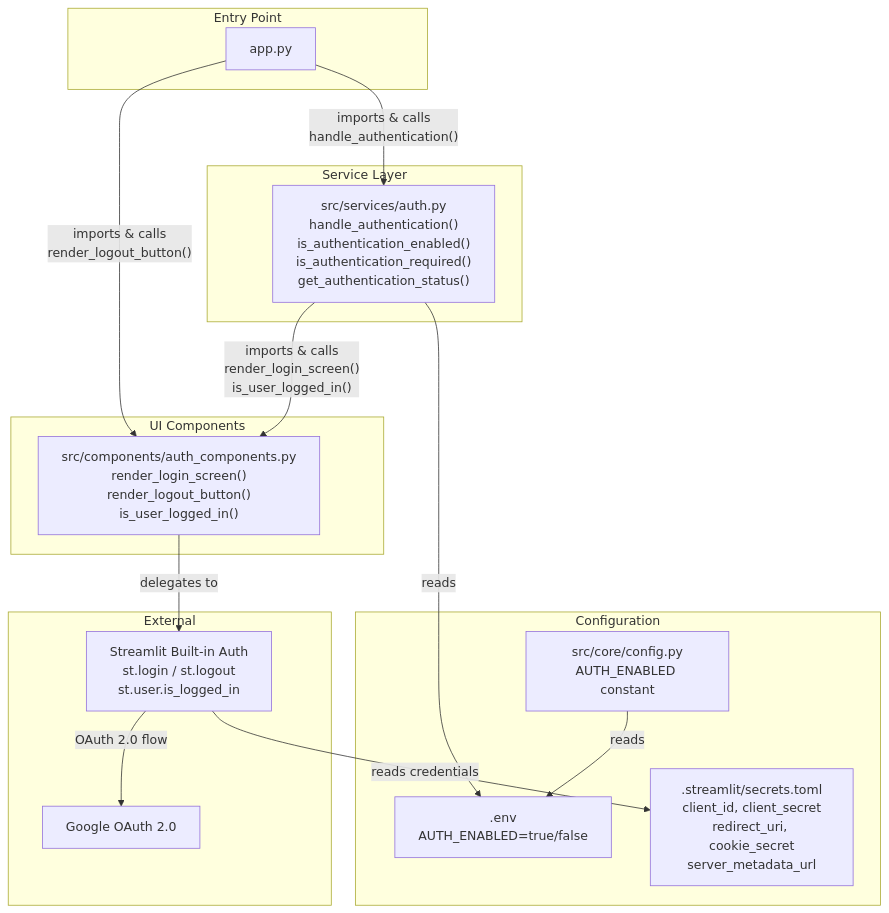
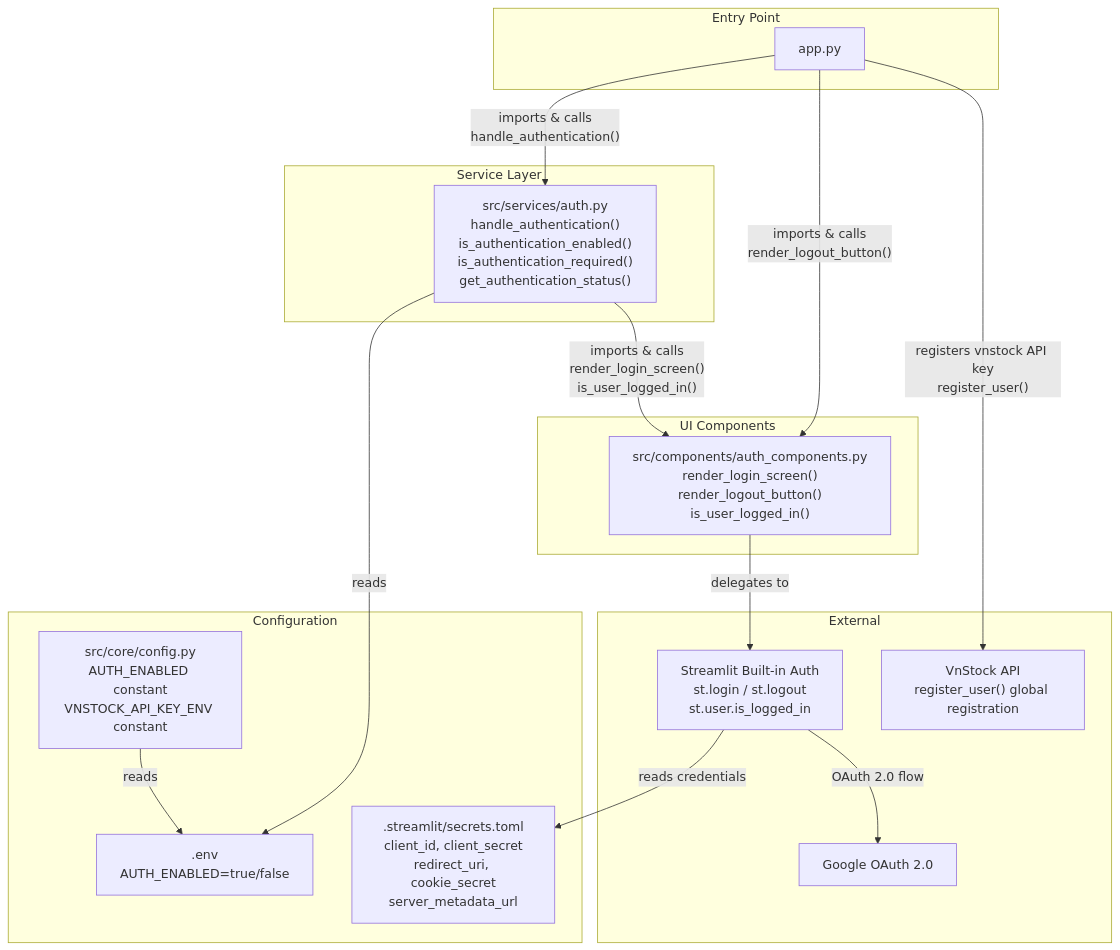
One commit to gahoccode/finance-bro changed the second of 3 diagrams in docs/architecture/06-security-architecture.md. Above: the diagram before and after it, drawn with Mermaid. The commit also changed other lines of this file and 6 other files, not shown here.

First line of the commit message:
feat: add vnstock API key auth and document in security architecture

````diff
--- a/docs/architecture/06-security-architecture.md
+++ b/docs/architecture/06-security-architecture.md
@@ -40,34 +41,36 @@
 ```mermaid
 graph TD
     subgraph "Entry Point"
         APP["app.py"]
     end
 
     subgraph "Service Layer"
         AUTH["src/services/auth.py<br/>handle_authentication()<br/>is_authentication_enabled()<br/>is_authentication_required()<br/>get_authentication_status()"]
     end
 
     subgraph "UI Components"
         COMP["src/components/auth_components.py<br/>render_login_screen()<br/>render_logout_button()<br/>is_user_logged_in()"]
     end
 
     subgraph "Configuration"
-        CONFIG["src/core/config.py<br/>AUTH_ENABLED constant"]
+        CONFIG["src/core/config.py<br/>AUTH_ENABLED constant<br/>VNSTOCK_API_KEY_ENV constant"]
         ENV[".env<br/>AUTH_ENABLED=true/false"]
         SECRETS[".streamlit/secrets.toml<br/>client_id, client_secret<br/>redirect_uri, cookie_secret<br/>server_metadata_url"]
     end
 
     subgraph "External"
         GOOGLE["Google OAuth 2.0"]
         ST["Streamlit Built-in Auth<br/>st.login / st.logout<br/>st.user.is_logged_in"]
+        VNSTOCK_EXT["VnStock API<br/>register_user() global registration"]
     end
 
     APP -->|"imports & calls<br/>handle_authentication()"| AUTH
+    APP -->|"registers vnstock API key<br/>register_user()"| VNSTOCK_EXT
     APP -->|"imports & calls<br/>render_logout_button()"| COMP
     AUTH -->|"imports & calls<br/>render_login_screen()<br/>is_user_logged_in()"| COMP
     AUTH -->|"reads"| ENV
     CONFIG -->|"reads"| ENV
     COMP -->|"delegates to"| ST
     ST -->|"reads credentials"| SECRETS
     ST -->|"OAuth 2.0 flow"| GOOGLE
 ```
````
